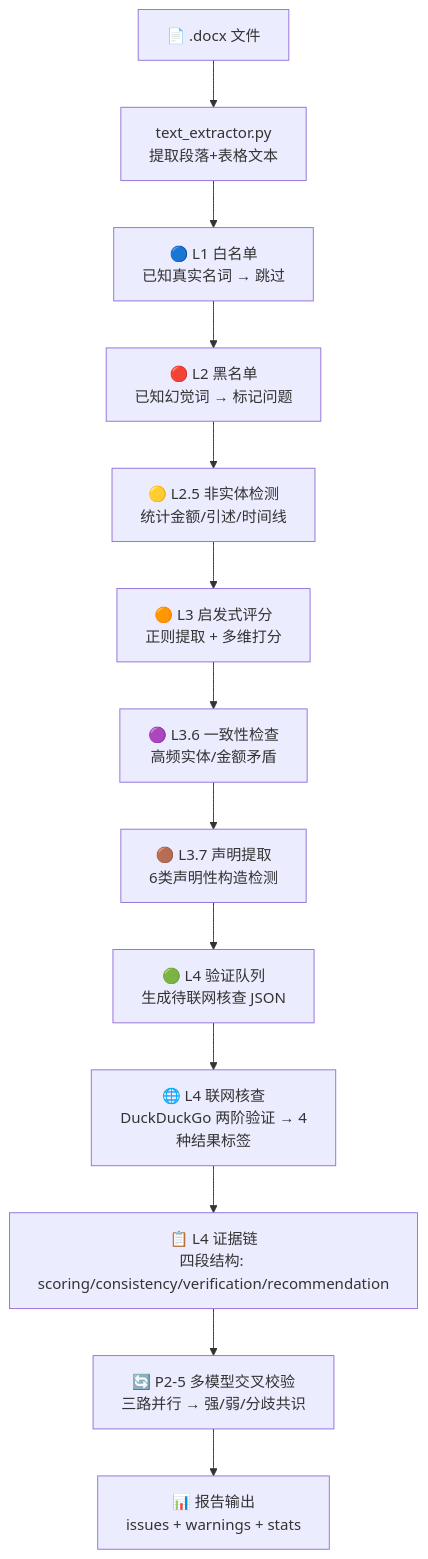
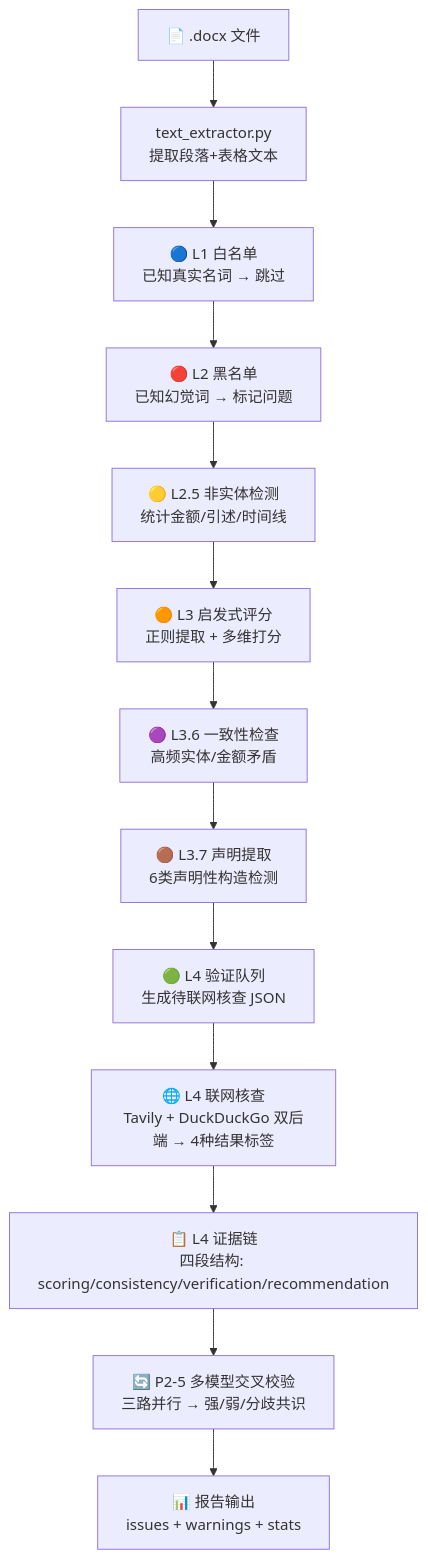
One commit to Virukicy/GEHD changed the first of 2 diagrams in docs/architecture.md. Above: the diagram before and after it, drawn with Mermaid. The commit also changed other lines of this file and 1 other file, not shown here.

Commit message:
D: v0.3.0 全量文档同步 — 双后端/多格式/三主题/125测试

````diff
--- a/docs/architecture.md
+++ b/docs/architecture.md
@@ -88,15 +88,15 @@
 ```mermaid
 flowchart TD
     INPUT["📄 .docx 文件"] --> EXTRACT["text_extractor.py<br/>提取段落+表格文本"]
     EXTRACT --> L1["🔵 L1 白名单<br/>已知真实名词 → 跳过"]
     L1 --> L2["🔴 L2 黑名单<br/>已知幻觉词 → 标记问题"]
     L2 --> L25["🟡 L2.5 非实体检测<br/>统计金额/引述/时间线"]
     L25 --> L3["🟠 L3 启发式评分<br/>正则提取 + 多维打分"]
     L3 --> L36["🟣 L3.6 一致性检查<br/>高频实体/金额矛盾"]
     L36 --> L37["🟤 L3.7 声明提取<br/>6类声明性构造检测"]
     L37 --> L4["🟢 L4 验证队列<br/>生成待联网核查 JSON"]
-    L4 --> WEB["🌐 L4 联网核查<br/>DuckDuckGo 两阶验证 → 4种结果标签"]
+    L4 --> WEB["🌐 L4 联网核查<br/>Tavily + DuckDuckGo 双后端 → 4种结果标签"]
     WEB --> EVID["📋 L4 证据链<br/>四段结构: scoring/consistency/verification/recommendation"]
     EVID --> CROSS["🔄 P2-5 多模型交叉校验<br/>三路并行 → 强/弱/分歧共识"]
     CROSS --> OUTPUT["📊 报告输出<br/>issues + warnings + stats"]
 ```
````
